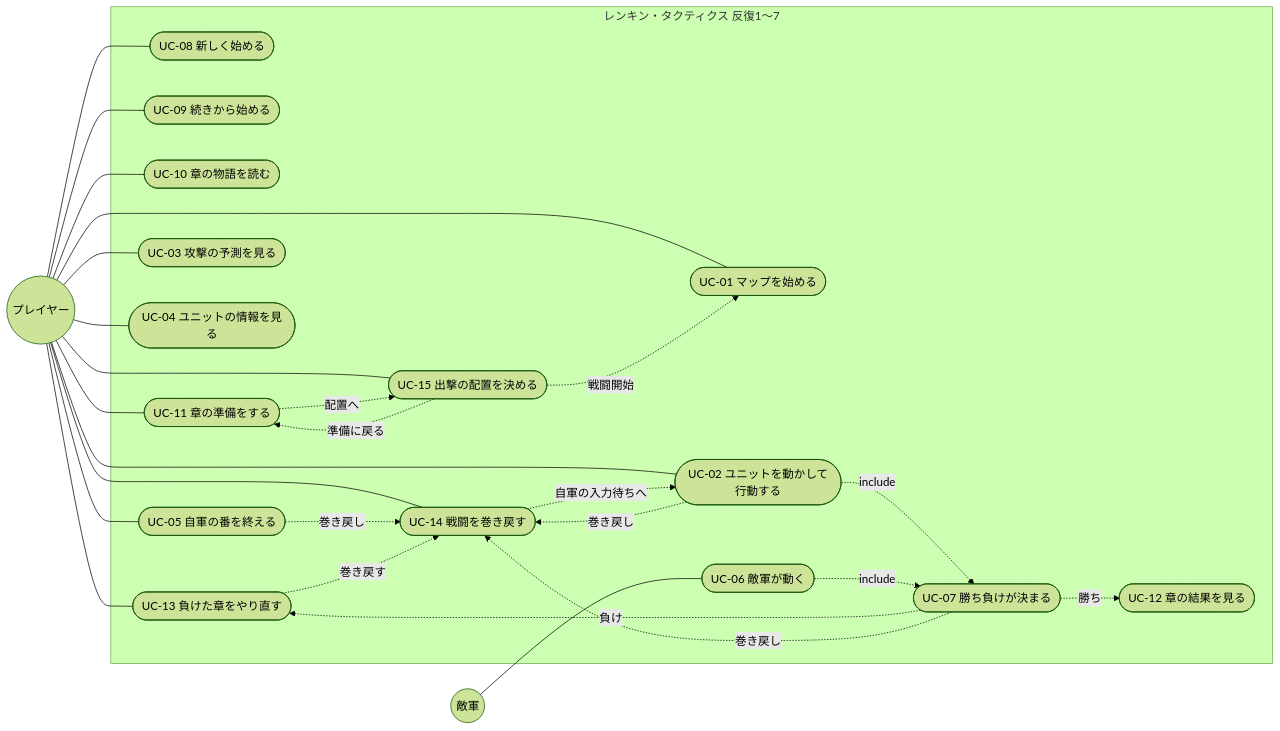
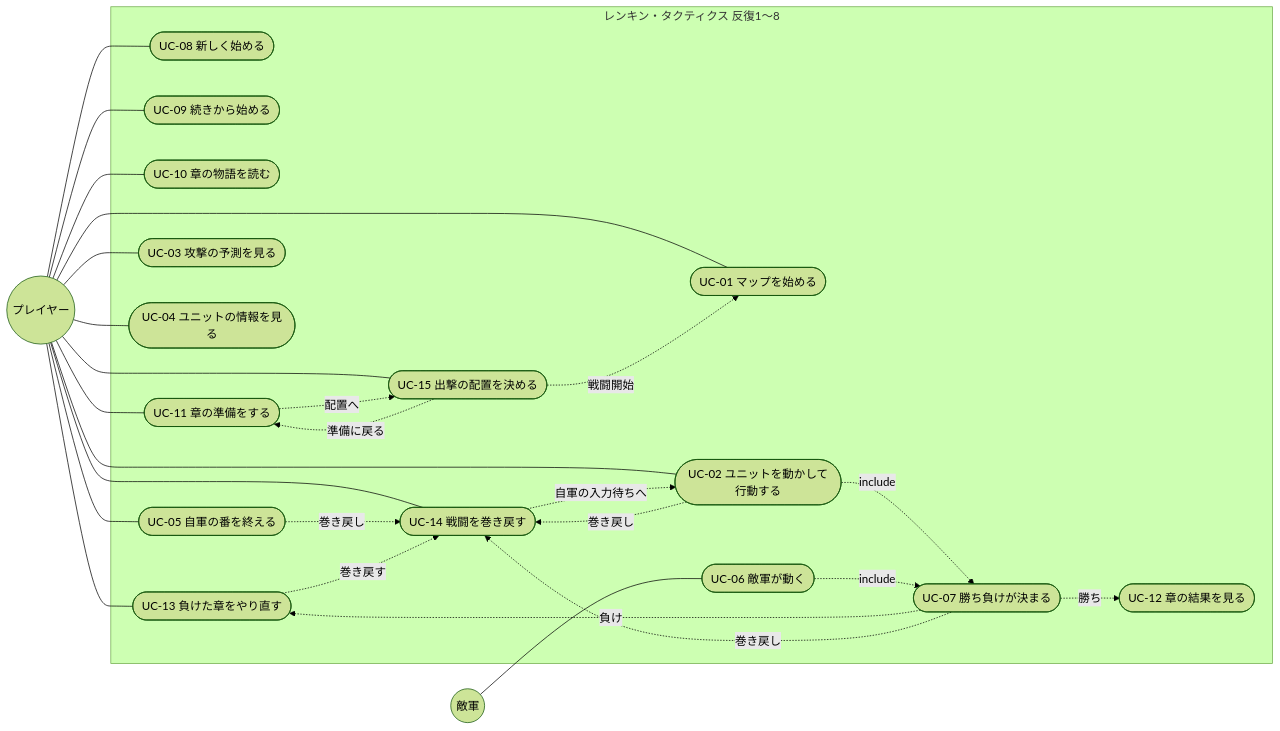
One commit to sakana396/renkin_tactics changed the diagram in docs/02_requirements/use-cases.md. Above: the diagram before and after it, drawn with Mermaid (forest theme). The commit also changed other lines of this file and 1 other file, not shown here.

````diff
--- a/docs/02_requirements/use-cases.md
+++ b/docs/02_requirements/use-cases.md
@@ -17,47 +17,47 @@
 ```mermaid
 flowchart LR
   P((プレイヤー))
   E((敵軍))
-  subgraph RT[レンキン・タクティクス 反復1〜7]
+  subgraph RT[レンキン・タクティクス 反復1〜8]
     UC08([UC-08 新しく始める])
     UC09([UC-09 続きから始める])
     UC10([UC-10 章の物語を読む])
     UC11([UC-11 章の準備をする])
     UC01([UC-01 マップを始める])
     UC02([UC-02 ユニットを動かして行動する])
     UC03([UC-03 攻撃の予測を見る])
     UC04([UC-04 ユニットの情報を見る])
     UC05([UC-05 自軍の番を終える])
     UC06([UC-06 敵軍が動く])
     UC07([UC-07 勝ち負けが決まる])
     UC12([UC-12 章の結果を見る])
     UC13([UC-13 負けた章をやり直す])
     UC14([UC-14 戦闘を巻き戻す])
     UC15([UC-15 出撃の配置を決める])
   end
   P --- UC08
   P --- UC09
   P --- UC10
   P --- UC11
   P --- UC13
   P --- UC14
   P --- UC15
   P --- UC01
   P --- UC02
   P --- UC03
   P --- UC04
   P --- UC05
   E --- UC06
   UC02 -.include.-> UC07
   UC06 -.include.-> UC07
   UC07 -.勝ち.-> UC12
   UC07 -.負け.-> UC13
   UC11 -.配置へ.-> UC15
   UC15 -.戦闘開始.-> UC01
   UC15 -.準備に戻る.-> UC11
   UC02 -.巻き戻し.-> UC14
   UC05 -.巻き戻し.-> UC14
   UC07 -.巻き戻し.-> UC14
   UC13 -.巻き戻す.-> UC14
   UC14 -.自軍の入力待ちへ.-> UC02
 ```
````
